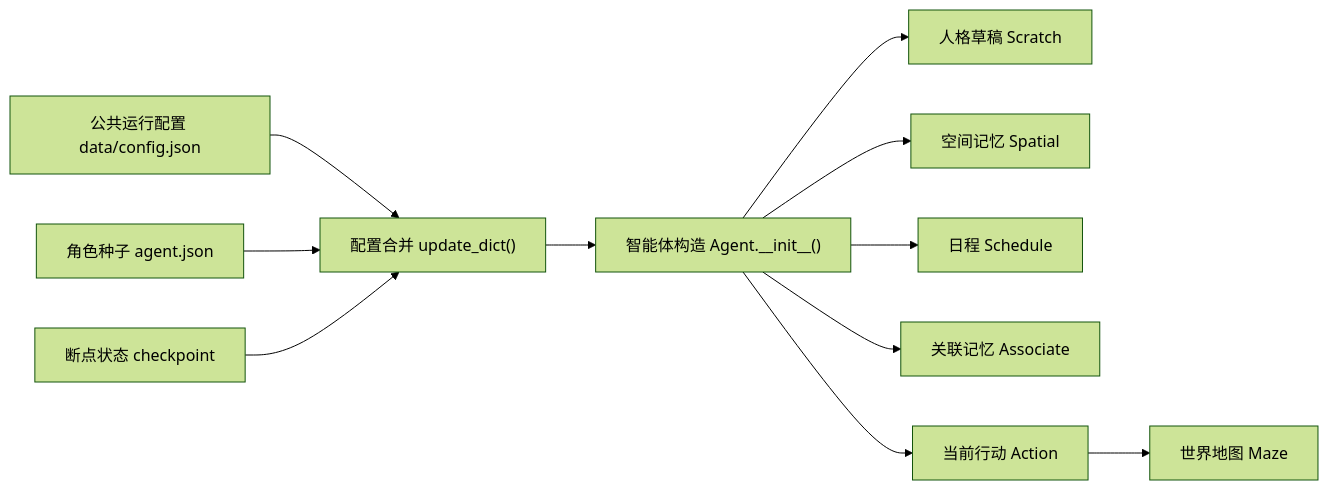
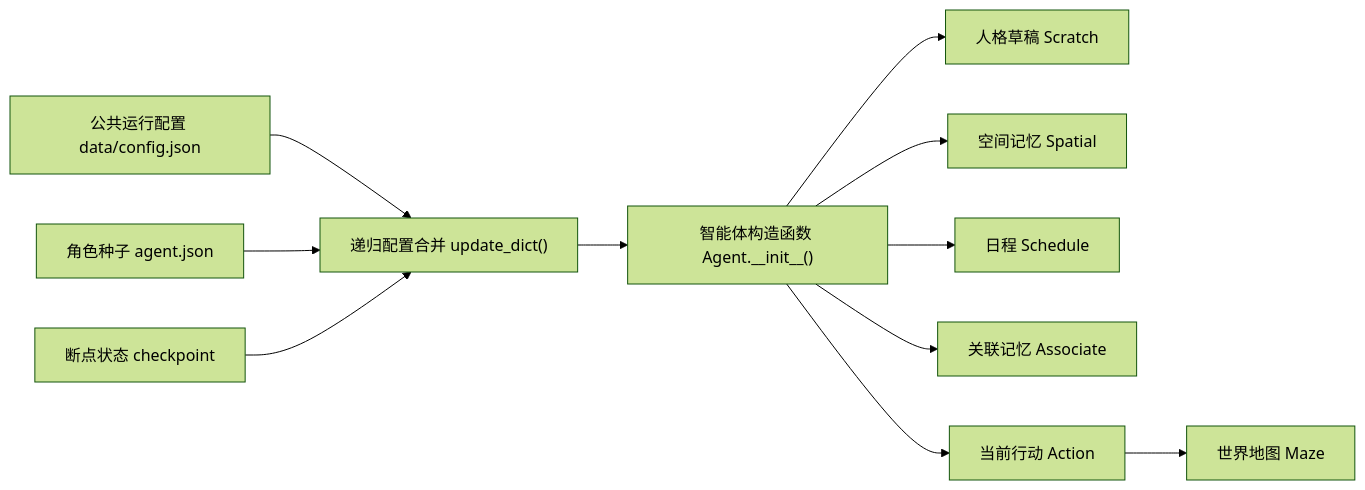
One commit to tbkken/GenerativeAgentsCN changed the first of 3 diagrams in docs/book/manuscript/part_03/chapter_15.md. Above: the diagram before and after it, drawn with Mermaid (forest theme). The commit also changed other lines of this file and 33 other files, not shown here.

````diff
--- a/docs/book/manuscript/part_03/chapter_15.md
+++ b/docs/book/manuscript/part_03/chapter_15.md
@@ -16,13 +16,13 @@
 ```mermaid
 flowchart LR
-    Base["公共运行配置 data/config.json"] --> Merge["配置合并 update_dict()"]
+    Base["公共运行配置 data/config.json"] --> Merge["递归配置合并 update_dict()"]
     Seed["角色种子 agent.json"] --> Merge
     Resume["断点状态 checkpoint"] --> Merge
-    Merge --> Init["智能体构造 Agent.__init__()"]
+    Merge --> Init["智能体构造函数 Agent.__init__()"]
     Init --> Scratch["人格草稿 Scratch"]
     Init --> Spatial["空间记忆 Spatial"]
     Init --> Schedule["日程 Schedule"]
     Init --> Associate["关联记忆 Associate"]
     Init --> Action["当前行动 Action"]
     Action --> Maze["世界地图 Maze"]
 ```
````
